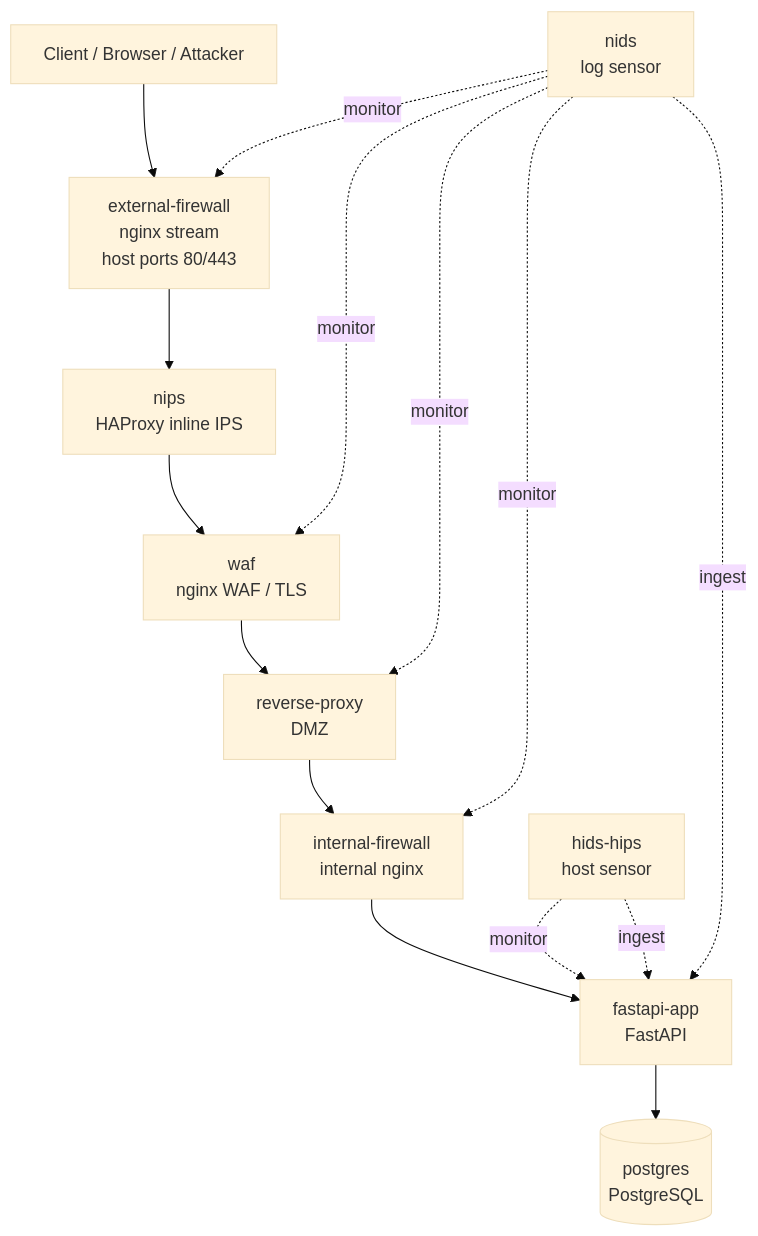
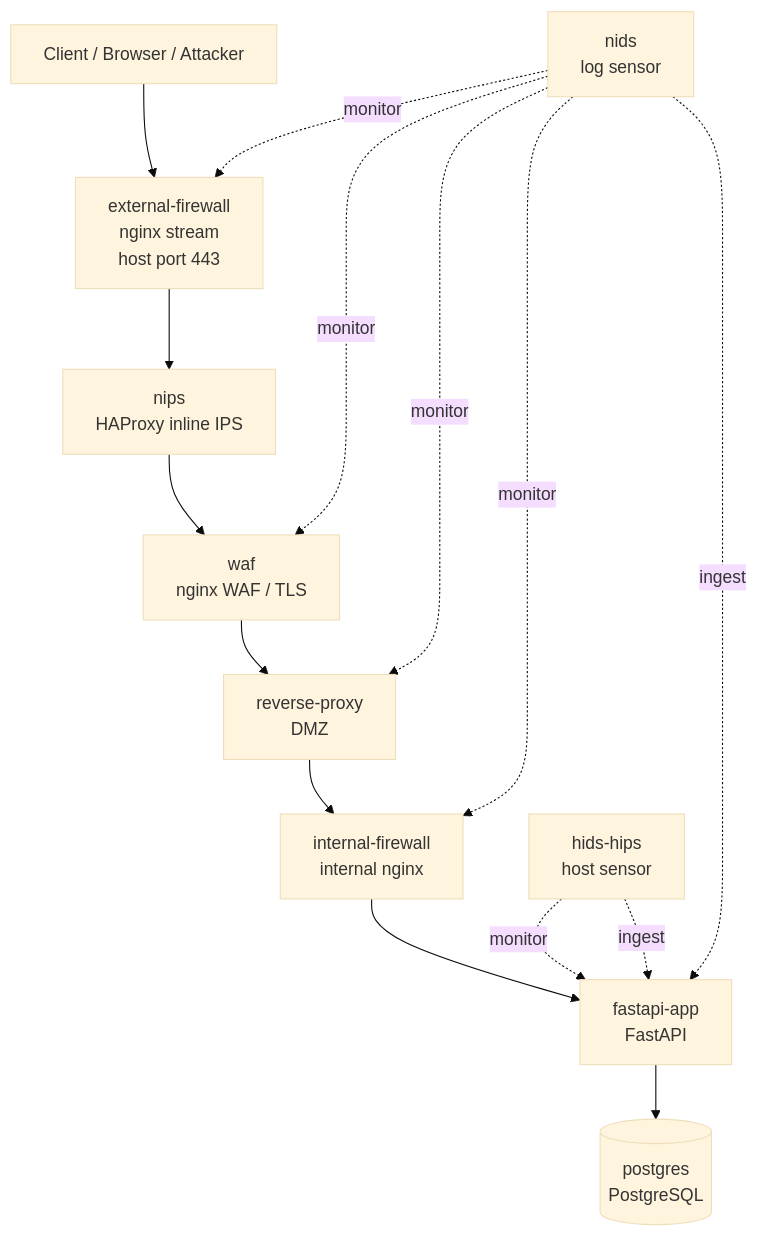
Before and after one commit to Buchi-dev-dzn/WebProgramming-ActiveLearner: the diagram in README.md, drawn with Mermaid (base theme). The commit also changed other lines of this file and 17 other files, not shown here.

````diff
--- a/README.md
+++ b/README.md
@@ -36,19 +36,19 @@
 ```mermaid
 graph TD
   Client[Client / Browser / Attacker]
-  Client --> FW1[external-firewall<br/>nginx stream<br/>host ports 80/443]
+  Client --> FW1[external-firewall<br/>nginx stream<br/>host port 443]
   FW1 --> NIPS[nips<br/>HAProxy inline IPS]
   NIPS --> WAF[waf<br/>nginx WAF / TLS]
   WAF --> RP[reverse-proxy<br/>DMZ]
   RP --> FW2[internal-firewall<br/>internal nginx]
   FW2 --> App[fastapi-app<br/>FastAPI]
   App --> DB[(postgres<br/>PostgreSQL)]
 
   NIDS[nids<br/>log sensor] -.monitor.-> FW1
   NIDS -.monitor.-> WAF
   NIDS -.monitor.-> RP
   NIDS -.monitor.-> FW2
   HIDS[hids-hips<br/>host sensor] -.monitor.-> App
   NIDS -.ingest.-> App
   HIDS -.ingest.-> App
 ```
````
